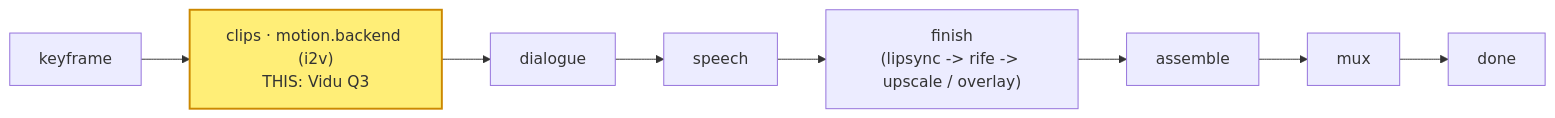
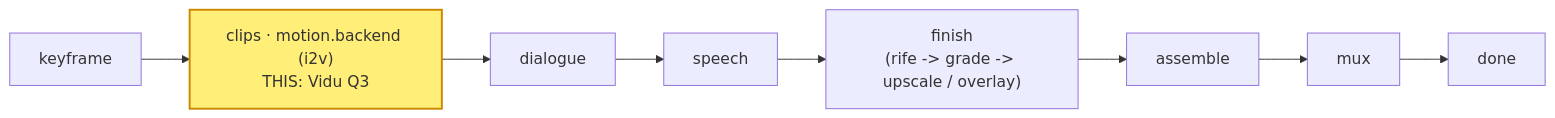
Before and after one commit to skyphusion-labs/vivijure-cf: the diagram in modules/vidu-q3/README.md, drawn with Mermaid. The commit also changed 96 other files, not shown here.

````diff
--- a/modules/vidu-q3/README.md
+++ b/modules/vidu-q3/README.md
@@ -17,15 +17,15 @@
 ```mermaid
 flowchart LR
   kf["keyframe"]
   clips["clips · motion.backend (i2v)<br/>THIS: Vidu Q3"]
   dlg["dialogue"]
   sp["speech"]
-  fin["finish<br/>(lipsync -> rife -> upscale / overlay)"]
+  fin["finish<br/>(rife -> grade -> upscale / overlay)"]
   asm["assemble"]
   mux["mux"]
   done["done"]
 
   kf --> clips --> dlg --> sp --> fin --> asm --> mux --> done
 
   style clips fill:#fe7,stroke:#c80,stroke-width:2px
 ```
````
